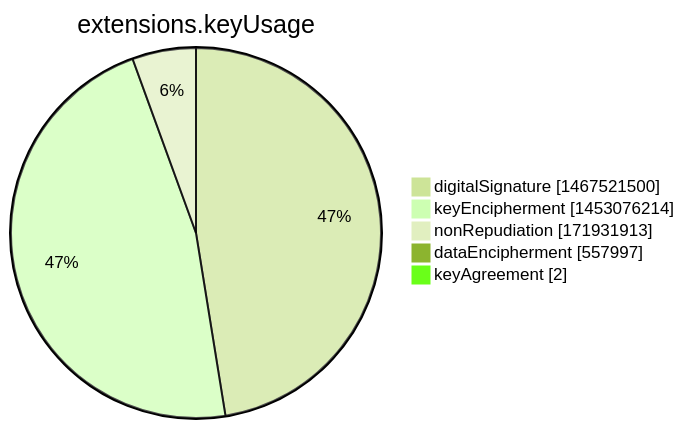
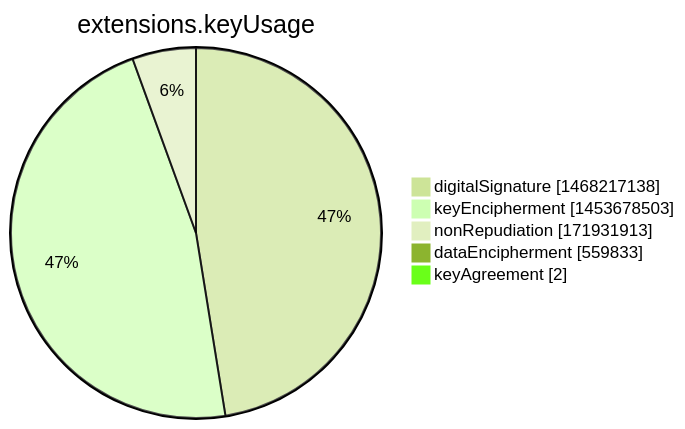
One commit to christiankrug/ctmonitor_visualization changed the seventh of 15 diagrams in argon2022/README.md. Above: the diagram before and after it, drawn with Mermaid (forest theme). The commit also changed other lines of this file, not shown here.

````diff
--- a/argon2022/README.md
+++ b/argon2022/README.md
@@ -2751,9 +2751,9 @@
 ```mermaid
 pie showData
 title extensions.keyUsage
-"digitalSignature" :1467521500
-"keyEncipherment" :1453076214
+"digitalSignature" :1468217138
+"keyEncipherment" :1453678503
 "nonRepudiation" :171931913
-"dataEncipherment" :557997
+"dataEncipherment" :559833
 "keyAgreement" :2
 ```
````
